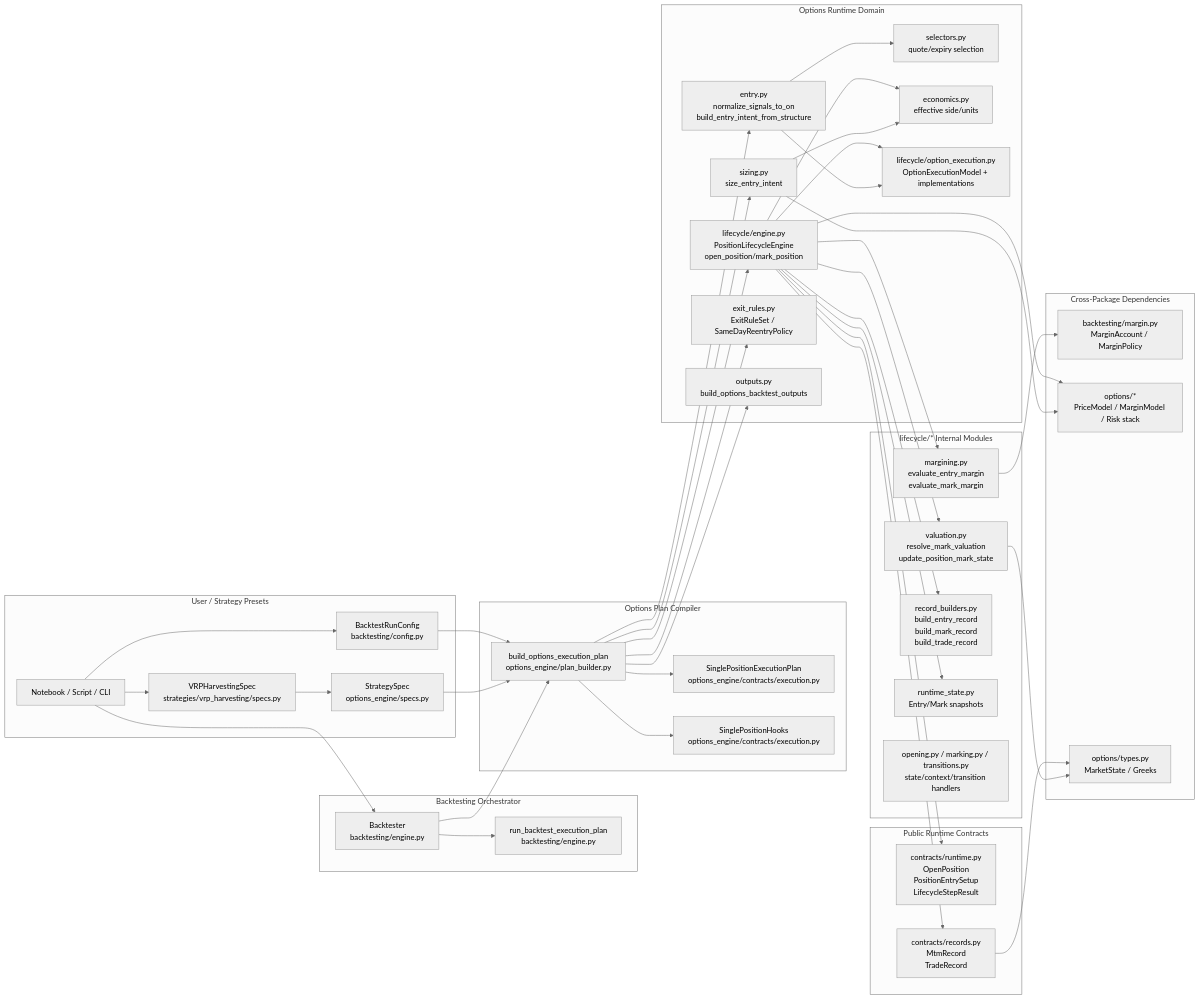
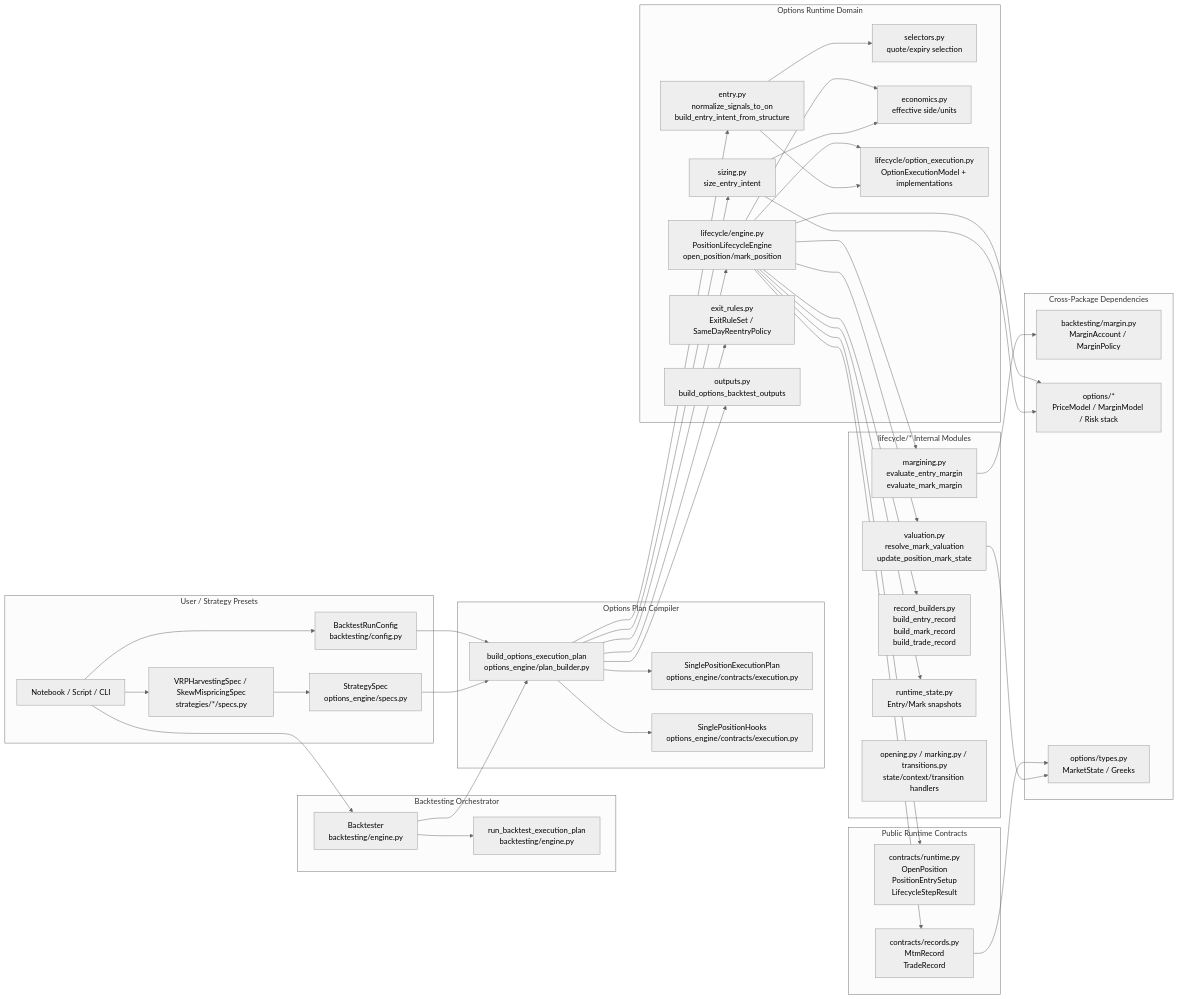
Before and after one commit to anthonymakarewicz/volatility-trading: the first of 6 diagrams in docs/reference/backtesting/architecture_internals.md, drawn with Mermaid (neutral theme). The commit also changed other lines of this file and 21 other files, not shown here.

````diff
--- a/docs/reference/backtesting/architecture_internals.md
+++ b/docs/reference/backtesting/architecture_internals.md
@@ -27,81 +27,81 @@
 ```mermaid
 flowchart LR
     subgraph UserLayer[User / Strategy Presets]
         U1[Notebook / Script / CLI]
-        U2[VRPHarvestingSpec\nstrategies/vrp_harvesting/specs.py]
+        U2[VRPHarvestingSpec / SkewMispricingSpec\nstrategies/*/specs.py]
         U3[StrategySpec\noptions_engine/specs.py]
         U4[BacktestRunConfig\nbacktesting/config.py]
     end
 
     subgraph Orchestrator[Backtesting Orchestrator]
         O1[Backtester\nbacktesting/engine.py]
         O2[run_backtest_execution_plan\nbacktesting/engine.py]
     end
 
     subgraph PlanCompiler[Options Plan Compiler]
         P1[build_options_execution_plan\noptions_engine/plan_builder.py]
         P2[SinglePositionExecutionPlan\noptions_engine/contracts/execution.py]
         P3[SinglePositionHooks\noptions_engine/contracts/execution.py]
     end
 
     subgraph RuntimeDomain[Options Runtime Domain]
         R1[entry.py\nnormalize_signals_to_on\nbuild_entry_intent_from_structure]
         R2[sizing.py\nsize_entry_intent]
         R3[lifecycle/engine.py\nPositionLifecycleEngine\nopen_position/mark_position]
         R4[exit_rules.py\nExitRuleSet / SameDayReentryPolicy]
         R5[selectors.py\nquote/expiry selection]
         R6[economics.py\neffective side/units]
         R7[outputs.py\nbuild_options_backtest_outputs]
         R8[lifecycle/option_execution.py\nOptionExecutionModel + implementations]
     end
 
     subgraph LifecycleInternals[lifecycle/* Internal Modules]
         L1[valuation.py\nresolve_mark_valuation\nupdate_position_mark_state]
         L2[margining.py\nevaluate_entry_margin\nevaluate_mark_margin]
         L3[record_builders.py\nbuild_entry_record\nbuild_mark_record\nbuild_trade_record]
         L4[runtime_state.py\nEntry/Mark snapshots]
         L5[opening.py / marking.py / transitions.py\nstate/context/transition handlers]
     end
 
     subgraph RuntimeContracts[Public Runtime Contracts]
         C1[contracts/runtime.py\nOpenPosition\nPositionEntrySetup\nLifecycleStepResult]
         C2[contracts/records.py\nMtmRecord\nTradeRecord]
     end
 
     subgraph ExternalDeps[Cross-Package Dependencies]
         X1[backtesting/margin.py\nMarginAccount / MarginPolicy]
         X2[options/*\nPriceModel / MarginModel / Risk stack]
         X3[options/types.py\nMarketState / Greeks]
     end
 
     U1 --> U2 --> U3
     U1 --> U4
     U1 --> O1
     O1 --> P1
     O1 --> O2
     U3 --> P1
     U4 --> P1
     P1 --> P2
     P1 --> P3
     P1 --> R1
     P1 --> R2
     P1 --> R3
     P1 --> R4
     P1 --> R7
     R1 --> R5
     R1 --> R8
     R2 --> R6
     R3 --> R6
     R3 --> R8
     R3 --> L1
     R3 --> L2
     R3 --> L3
     R3 --> L4
     R3 --> C1
     R3 --> C2
     L2 --> X1
     R2 --> X2
     R3 --> X2
     L1 --> X3
     C2 --> X3
 ```
````
